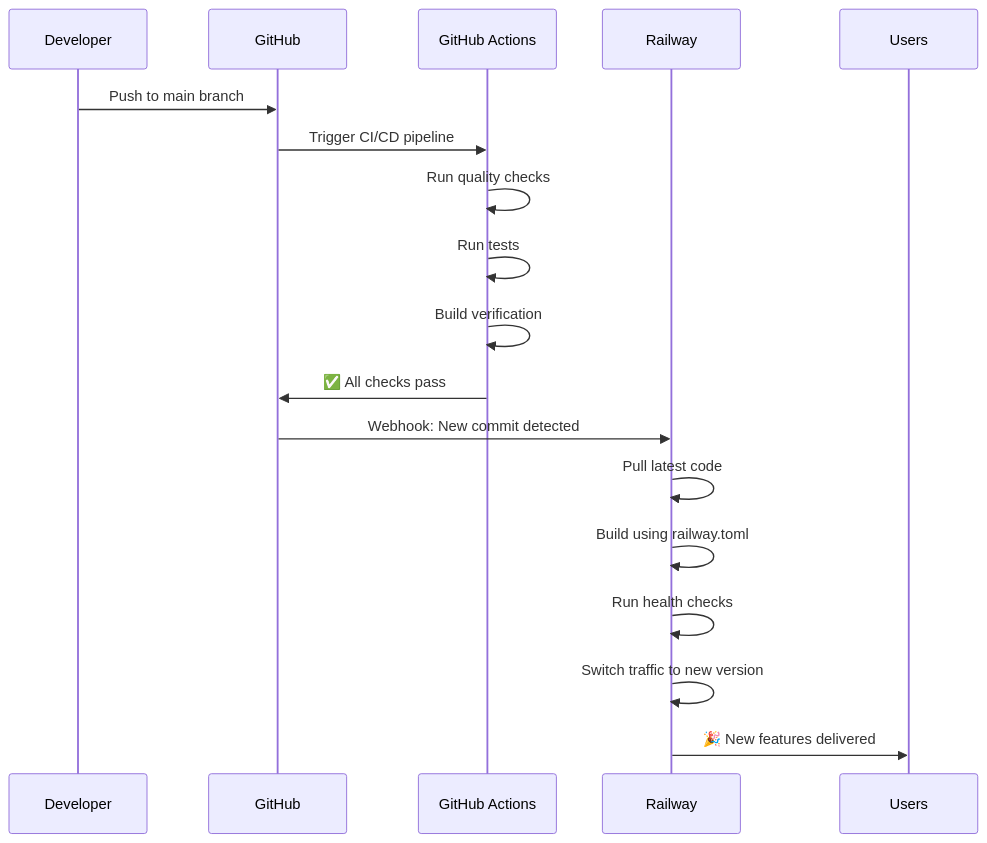
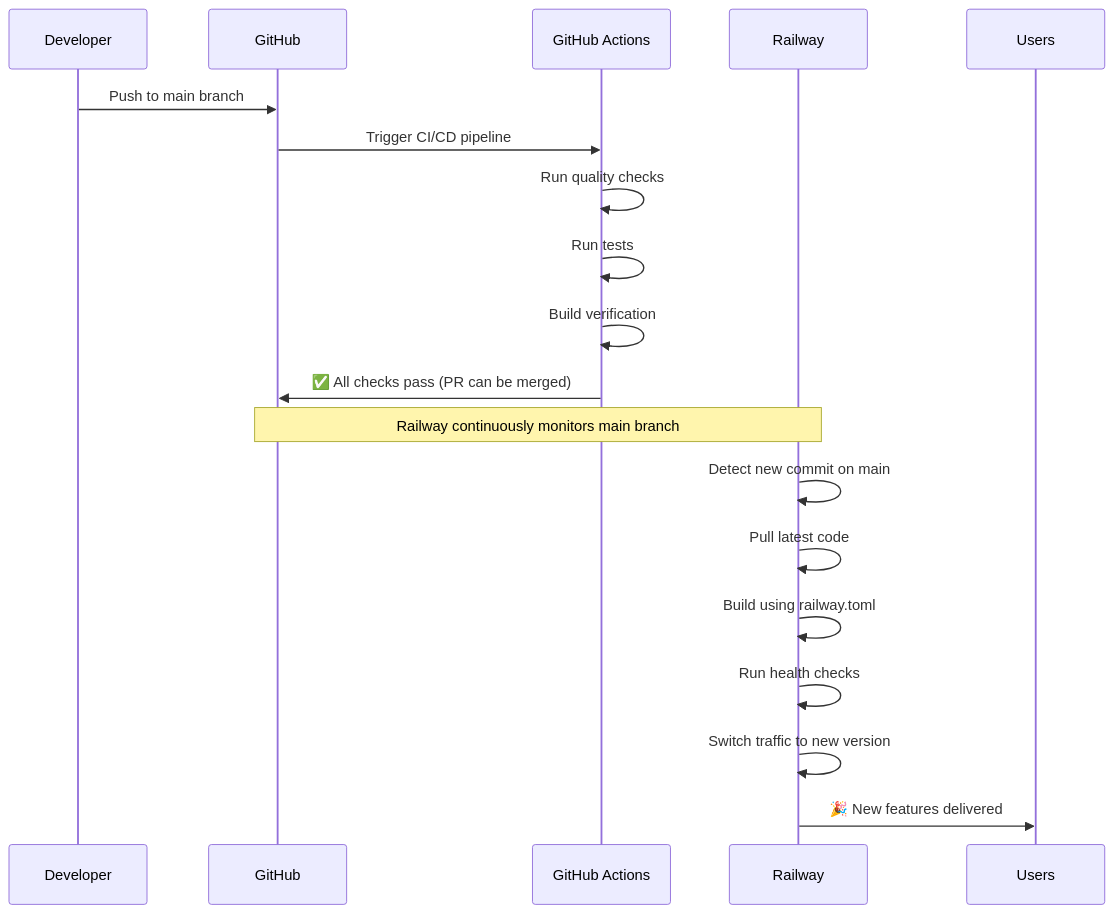
Before and after one commit to mkritter3/finito-mail: the third of 5 diagrams in CI_CD_COMPREHENSIVE_GUIDE.md, drawn with Mermaid. The commit also changed other lines of this file, not shown here.

````diff
--- a/CI_CD_COMPREHENSIVE_GUIDE.md
+++ b/CI_CD_COMPREHENSIVE_GUIDE.md
@@ -575,21 +575,22 @@
 ```mermaid
 sequenceDiagram
     participant Dev as Developer
     participant GH as GitHub
     participant GHA as GitHub Actions
     participant Railway as Railway
     participant Users as Users
     
     Dev->>GH: Push to main branch
     GH->>GHA: Trigger CI/CD pipeline
     GHA->>GHA: Run quality checks
     GHA->>GHA: Run tests
     GHA->>GHA: Build verification
-    GHA->>GH: ✅ All checks pass
-    GH->>Railway: Webhook: New commit detected
+    GHA->>GH: ✅ All checks pass (PR can be merged)
+    Note over GH,Railway: Railway continuously monitors main branch
+    Railway->>Railway: Detect new commit on main
     Railway->>Railway: Pull latest code
     Railway->>Railway: Build using railway.toml
     Railway->>Railway: Run health checks
     Railway->>Railway: Switch traffic to new version
     Railway->>Users: 🎉 New features delivered
 ```
````
